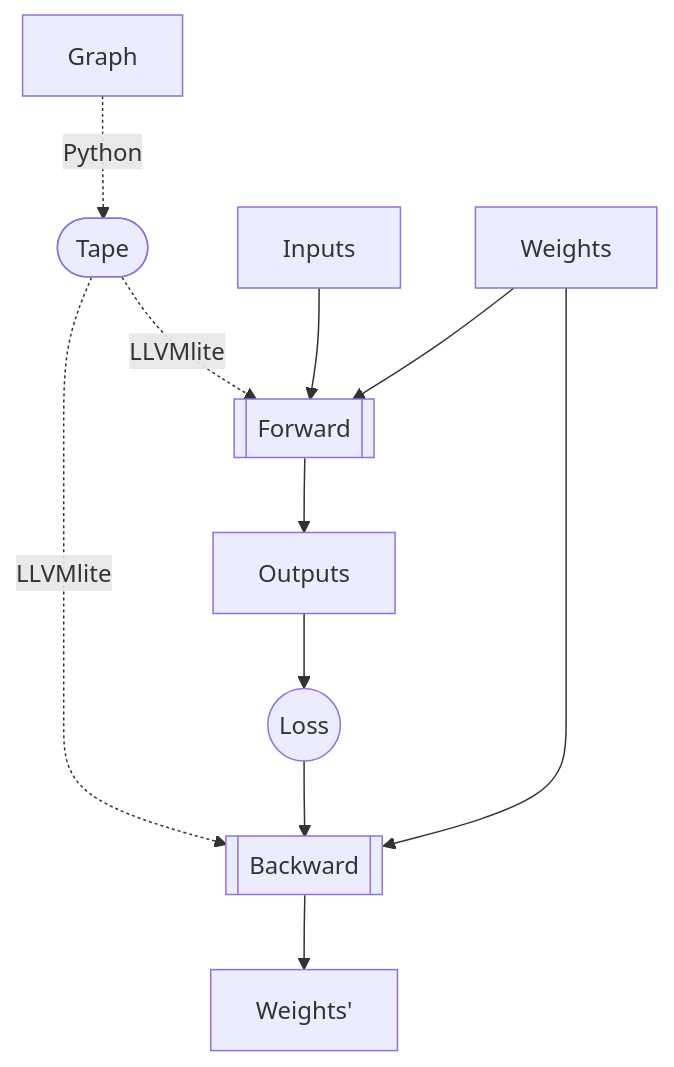
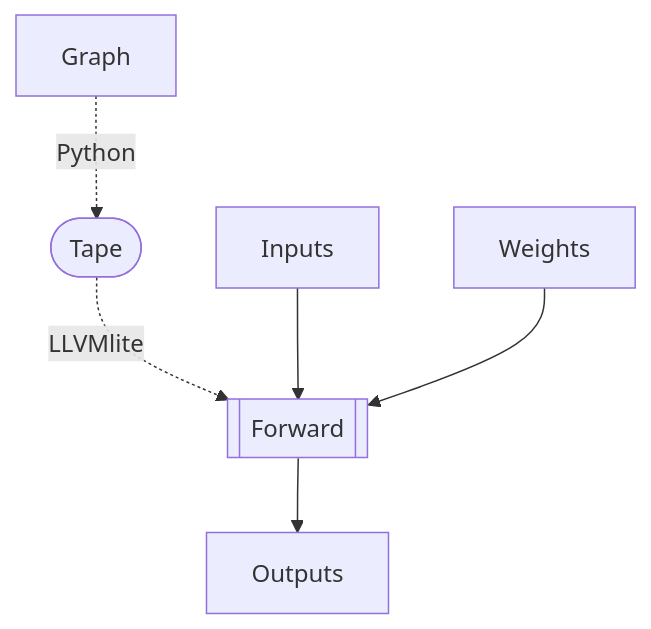
Before and after one commit to lfrati/lldag: the diagram in README.md, drawn with Mermaid. The commit also changed other lines of this file, not shown here.

````diff
--- a/README.md
+++ b/README.md
@@ -5,13 +5,8 @@
 ```mermaid
 graph TD
     Graph -.->|Python| Tape([Tape])
     Tape -.->|LLVMlite| Forward
-    Tape -.->|LLVMlite| Backward
     Inputs --> Forward[[Forward]]
     Weights --> Forward
     Forward --> Outputs
-    Outputs --> Loss((Loss))
-    Loss --> Backward[[Backward]]
-    Weights --> Backward
-    Backward --> Weights'
 ```
````
